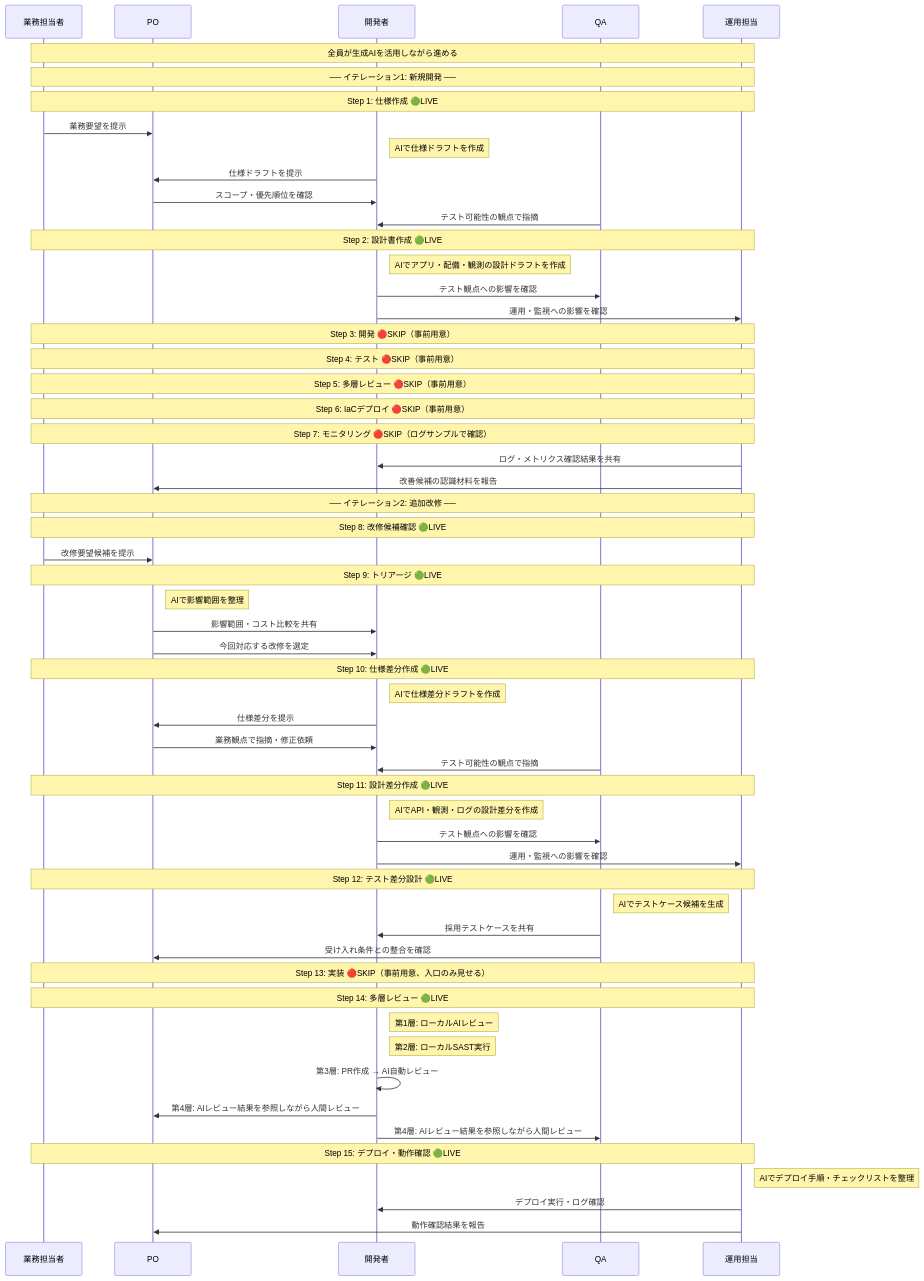
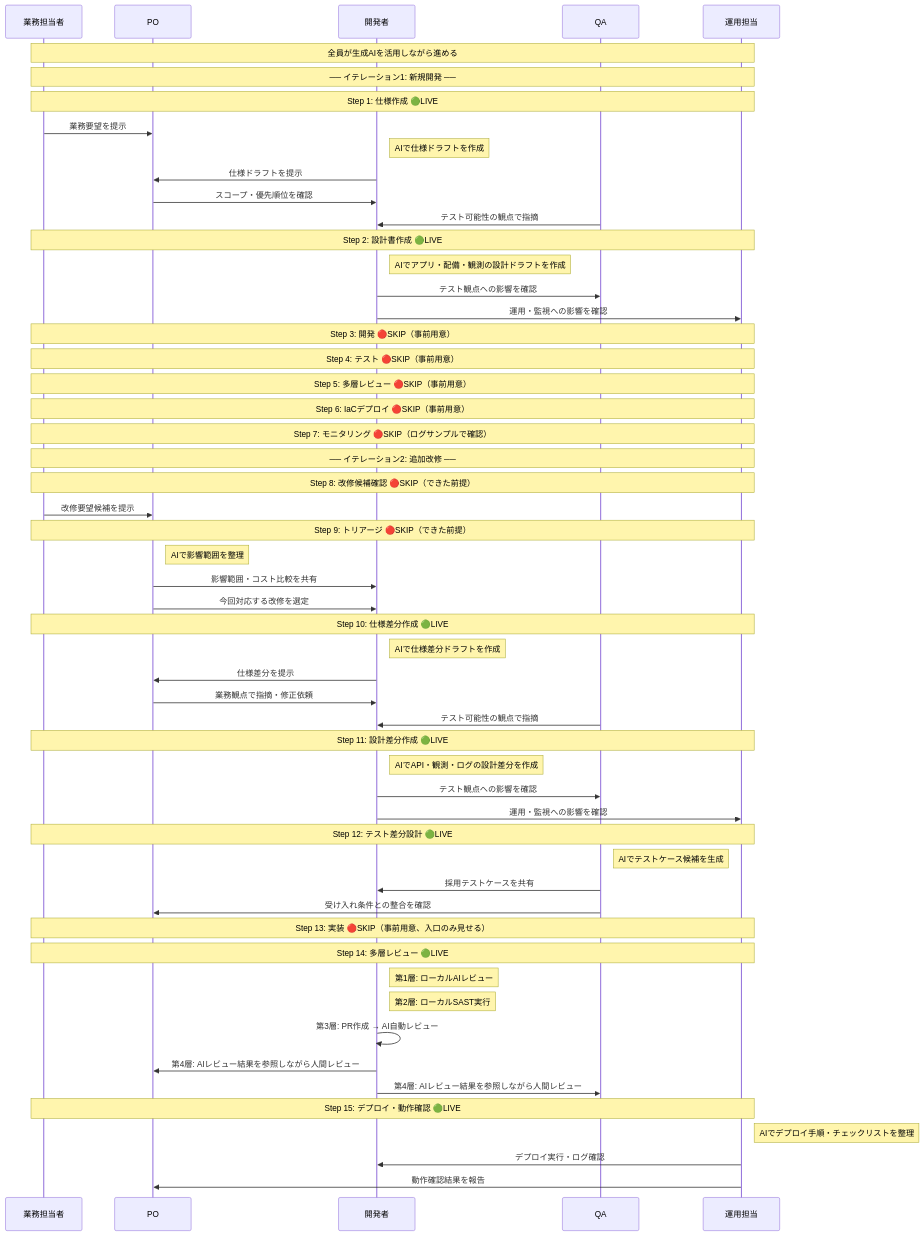
Before and after one commit to makyua-san/bob-java-sdlc: the second of 4 diagrams in customer_demo_scenario_guide.md, drawn with Mermaid. The commit also changed other lines of this file and 1 other file, not shown here.

````diff
--- a/customer_demo_scenario_guide.md
+++ b/customer_demo_scenario_guide.md
@@ -100,74 +101,72 @@
 ```mermaid
 sequenceDiagram
     participant U as 業務担当者
     participant P as PO
     participant D as 開発者
     participant Q as QA
     participant O as 運用担当
 
     Note over U,O: 全員が生成AIを活用しながら進める
 
     Note over U,O: ── イテレーション1: 新規開発 ──
 
     Note over U,O: Step 1: 仕様作成 🟢LIVE
     U->>P: 業務要望を提示
     Note right of D: AIで仕様ドラフトを作成
     D->>P: 仕様ドラフトを提示
     P->>D: スコープ・優先順位を確認
     Q->>D: テスト可能性の観点で指摘
 
     Note over U,O: Step 2: 設計書作成 🟢LIVE
     Note right of D: AIでアプリ・配備・観測の設計ドラフトを作成
     D->>Q: テスト観点への影響を確認
     D->>O: 運用・監視への影響を確認
 
     Note over U,O: Step 3: 開発 🔴SKIP（事前用意）
     Note over U,O: Step 4: テスト 🔴SKIP（事前用意）
     Note over U,O: Step 5: 多層レビュー 🔴SKIP（事前用意）
 
     Note over U,O: Step 6: IaCデプロイ 🔴SKIP（事前用意）
 
     Note over U,O: Step 7: モニタリング 🔴SKIP（ログサンプルで確認）
-    O->>D: ログ・メトリクス確認結果を共有
-    O->>P: 改善候補の認識材料を報告
 
     Note over U,O: ── イテレーション2: 追加改修 ──
 
-    Note over U,O: Step 8: 改修候補確認 🟢LIVE
+    Note over U,O: Step 8: 改修候補確認 🔴SKIP（できた前提）
     U->>P: 改修要望候補を提示
 
-    Note over U,O: Step 9: トリアージ 🟢LIVE
+    Note over U,O: Step 9: トリアージ 🔴SKIP（できた前提）
     Note right of P: AIで影響範囲を整理
     P->>D: 影響範囲・コスト比較を共有
     P->>D: 今回対応する改修を選定
 
     Note over U,O: Step 10: 仕様差分作成 🟢LIVE
     Note right of D: AIで仕様差分ドラフトを作成
     D->>P: 仕様差分を提示
     P->>D: 業務観点で指摘・修正依頼
     Q->>D: テスト可能性の観点で指摘
 
     Note over U,O: Step 11: 設計差分作成 🟢LIVE
     Note right of D: AIでAPI・観測・ログの設計差分を作成
     D->>Q: テスト観点への影響を確認
     D->>O: 運用・監視への影響を確認
 
     Note over U,O: Step 12: テスト差分設計 🟢LIVE
     Note right of Q: AIでテストケース候補を生成
     Q->>D: 採用テストケースを共有
     Q->>P: 受け入れ条件との整合を確認
 
     Note over U,O: Step 13: 実装 🔴SKIP（事前用意、入口のみ見せる）
 
     Note over U,O: Step 14: 多層レビュー 🟢LIVE
     Note right of D: 第1層: ローカルAIレビュー
     Note right of D: 第2層: ローカルSAST実行
     D->>D: 第3層: PR作成 → AI自動レビュー
     D->>P: 第4層: AIレビュー結果を参照しながら人間レビュー
     D->>Q: 第4層: AIレビュー結果を参照しながら人間レビュー
 
     Note over U,O: Step 15: デプロイ・動作確認 🟢LIVE
     Note right of O: AIでデプロイ手順・チェックリストを整理
     O->>D: デプロイ実行・ログ確認
     O->>P: 動作確認結果を報告
 ```
````
